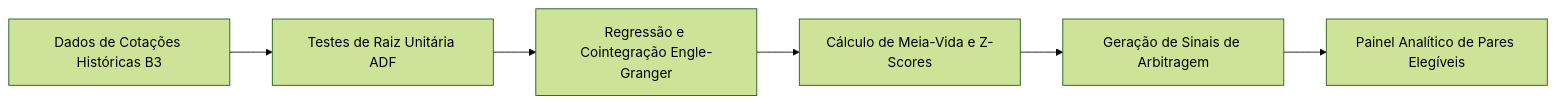
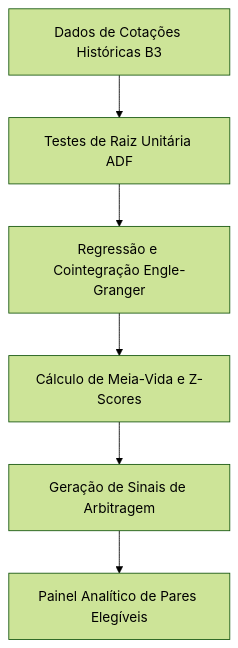
One commit to pablodiegoo/pablodiegoo.github.io changed the diagram in _projects/LongandShortR.md. Above: the diagram before and after it, drawn with Mermaid (forest theme). The commit also changed 12 other files, not shown here.

````diff
--- a/_projects/LongandShortR.md
+++ b/_projects/LongandShortR.md
@@ -62,8 +62,8 @@
 ```mermaid
-flowchart LR
+flowchart TD
   A[Dados de Cotações Históricas B3] --> B[Testes de Raiz Unitária ADF]
   B --> C[Regressão e Cointegração Engle-Granger]
   C --> D[Cálculo de Meia-Vida e Z-Scores]
   D --> E[Geração de Sinais de Arbitragem]
   E --> F[Painel Analítico de Pares Elegíveis]
 ```
````
